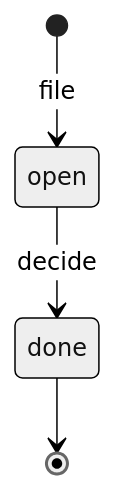
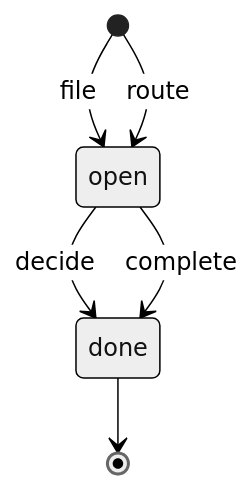
One commit to techaust/shakti_prime changed the diagram in docs/state-machines/inbox-item.md. Above: the diagram before and after it, drawn with Mermaid (neutral theme). The commit also changed other lines of this file and 5 other files, not shown here.

````diff
--- a/docs/state-machines/inbox-item.md
+++ b/docs/state-machines/inbox-item.md
@@ -34,6 +38,8 @@
 ```mermaid
 stateDiagram-v2
   [*] --> open : file
+  [*] --> open : route
   open --> done : decide
+  open --> done : complete
   done --> [*]
 ```
````
